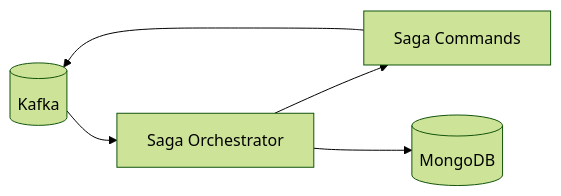
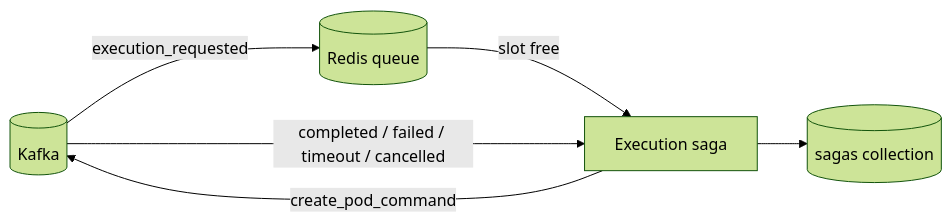
The first of 2 diagrams in docs/components/workers/saga_orchestrator.md (HardMax71/Integr8sCode), drawn with Mermaid (forest theme) before and after one commit. The commit also changed other lines of this file and 304 other files, not shown here.

````diff
--- a/docs/components/workers/saga_orchestrator.md
+++ b/docs/components/workers/saga_orchestrator.md
@@ -7,7 +5,8 @@
 ```mermaid
 graph LR
-    Kafka[(Kafka)] --> Saga[Saga Orchestrator]
-    Saga --> Commands[Saga Commands]
-    Commands --> Kafka
-    Saga --> Mongo[(MongoDB)]
+    Kafka[(Kafka)] -->|execution_requested| Queue[(Redis queue)]
+    Queue -->|slot free| Saga[Execution saga]
+    Saga -->|create_pod_command| Kafka
+    Saga --> Mongo[(sagas collection)]
+    Kafka -->|completed / failed / timeout / cancelled| Saga
 ```
````
